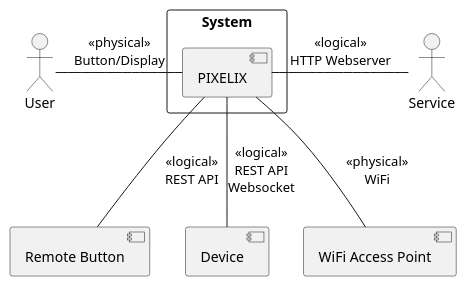
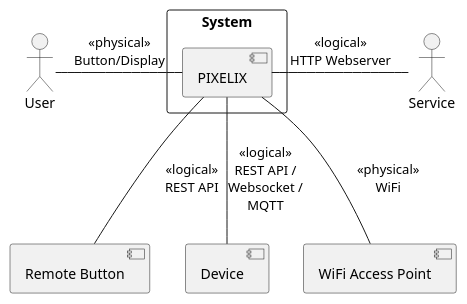
One commit to BlueAndi/Pixelix changed the diagram in doc/architecture/uml/context.wsd. Above: the diagram before and after it, drawn with PlantUML.

Commit message:
Add MQTT to context diagram.

```diff
--- a/doc/architecture/uml/context.wsd
+++ b/doc/architecture/uml/context.wsd
@@ -1,19 +1,19 @@
 @startuml
 
 rectangle "System" {
     component "PIXELIX" as system
 }
 
 actor "User" as user
 actor "Service" as service
 component "Remote Button" as remoteButton
 component "Device" as device
 component "WiFi Access Point" as wifiAP
 
 user - system: <<physical>>\nButton/Display
 system -- remoteButton: <<logical>>\nREST API
-system -- device: <<logical>>\nREST API\nWebsocket
+system -- device: <<logical>>\nREST API /\nWebsocket /\nMQTT
 system - service: <<logical>>\nHTTP Webserver
 system -- wifiAP: <<physical>>\nWiFi
 
 @enduml
```
